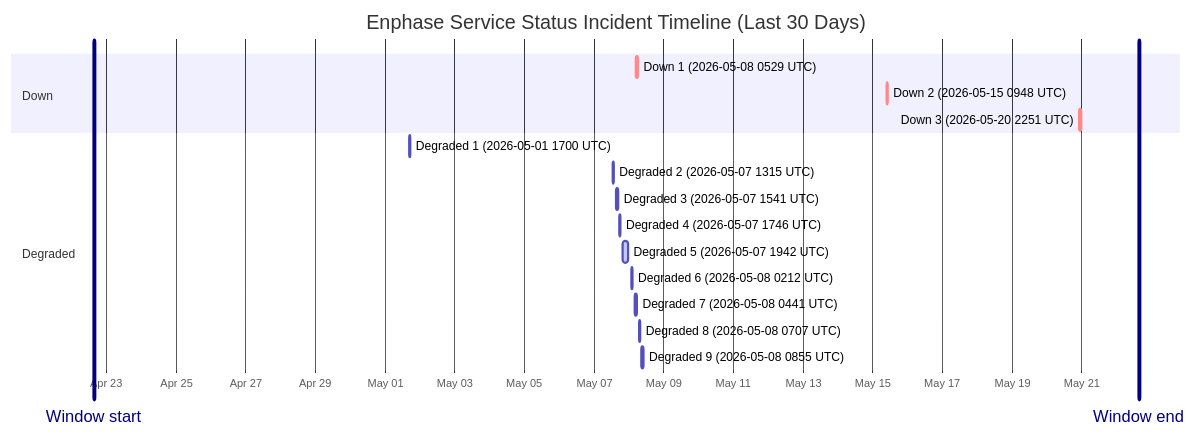
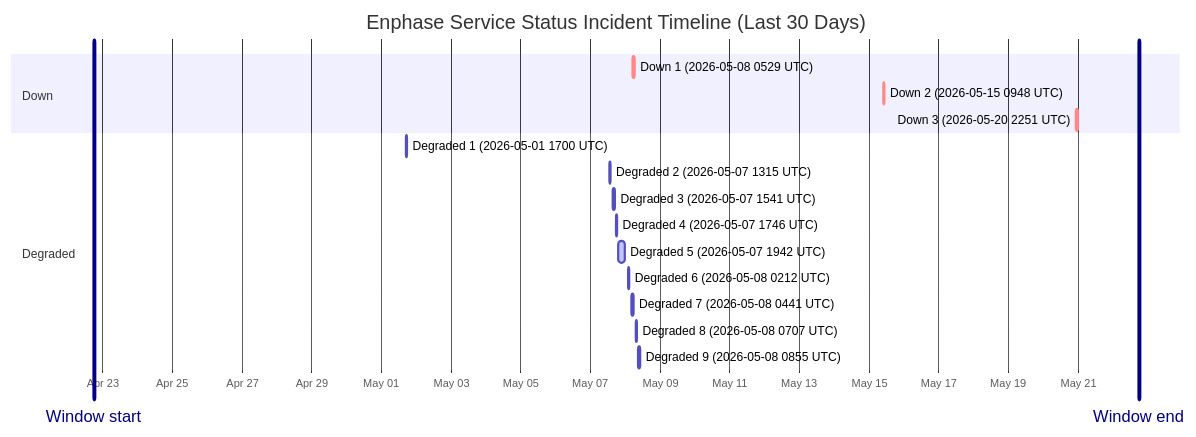
One commit to barneyonline/ha-enphase-ev-charger changed the diagram in wiki/Service-Status-History.md. Above: the diagram before and after it, drawn with Mermaid. The commit also changed other lines of this file and 3 other files, not shown here.

````diff
--- a/wiki/Service-Status-History.md
+++ b/wiki/Service-Status-History.md
@@ -14,22 +14,22 @@
 ```mermaid
 gantt
     title Enphase Service Status Incident Timeline (Last 30 Days)
     dateFormat  YYYY-MM-DDTHH:mm:ss
     axisFormat  %b %d
-    Window start :vert, window-start, 2026-04-22T15:30:36, 0ms
-    Window end :vert, window-end, 2026-05-22T15:30:36, 0ms
+    Window start :vert, window-start, 2026-04-22T17:50:00, 0ms
+    Window end :vert, window-end, 2026-05-22T17:50:00, 0ms
     section Down
     Down 1 (2026-05-08 0529 UTC) :crit, down-1, 2026-05-08T05:29:47, 60m
     Down 2 (2026-05-15 0948 UTC) :crit, down-2, 2026-05-15T09:48:18, 60m
     Down 3 (2026-05-20 2251 UTC) :crit, down-3, 2026-05-20T22:51:14, 75m
     section Degraded
     Degraded 1 (2026-05-01 1700 UTC) :active, degraded-1, 2026-05-01T17:00:22, 60m
     Degraded 2 (2026-05-07 1315 UTC) :active, degraded-2, 2026-05-07T13:15:25, 60m
     Degraded 3 (2026-05-07 1541 UTC) :active, degraded-3, 2026-05-07T15:41:58, 60m
     Degraded 4 (2026-05-07 1746 UTC) :active, degraded-4, 2026-05-07T17:46:51, 60m
     Degraded 5 (2026-05-07 1942 UTC) :active, degraded-5, 2026-05-07T19:42:10, 249m
     Degraded 6 (2026-05-08 0212 UTC) :active, degraded-6, 2026-05-08T02:12:39, 60m
     Degraded 7 (2026-05-08 0441 UTC) :active, degraded-7, 2026-05-08T04:41:46, 60m
     Degraded 8 (2026-05-08 0707 UTC) :active, degraded-8, 2026-05-08T07:07:30, 60m
     Degraded 9 (2026-05-08 0855 UTC) :active, degraded-9, 2026-05-08T08:55:20, 88m
 ```
````
